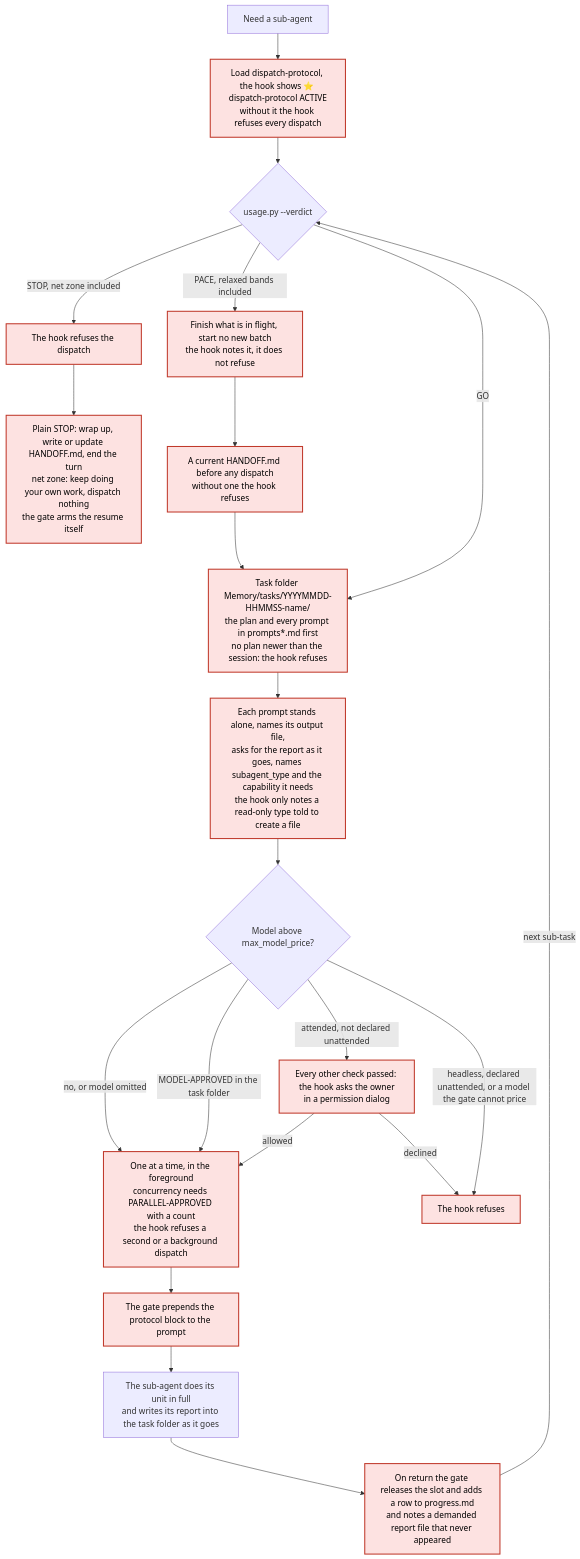
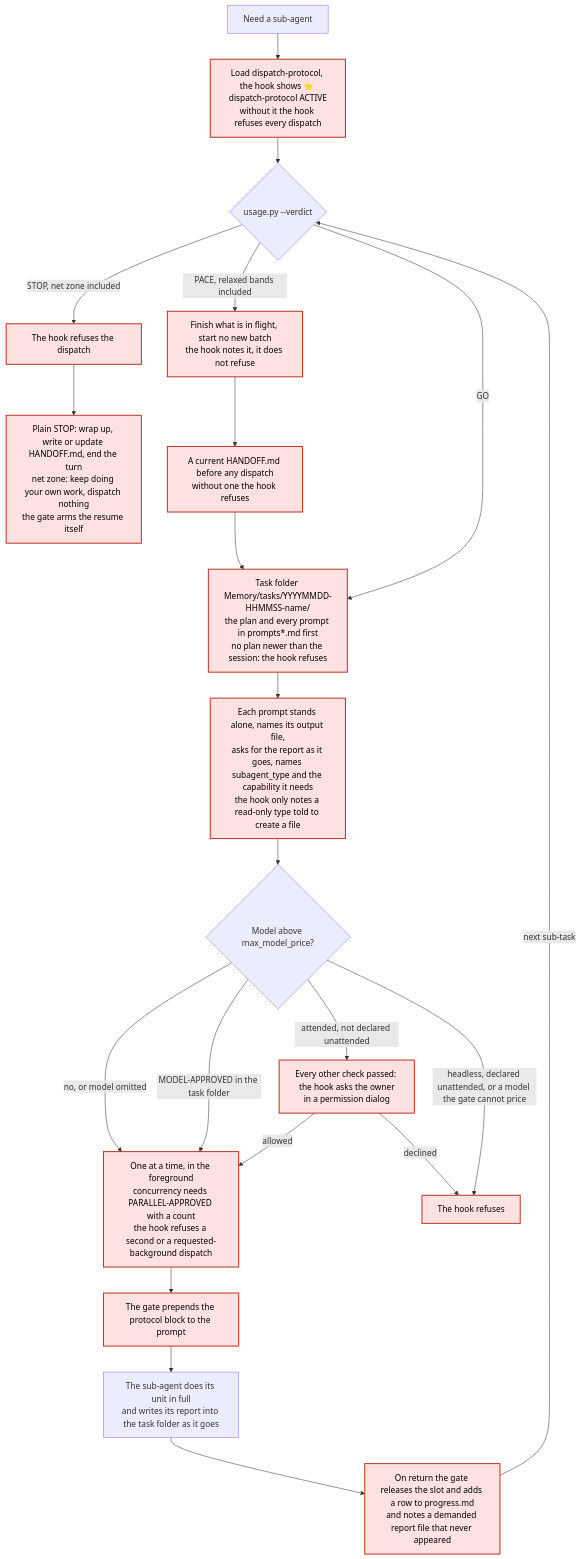
Before and after one commit to Dino9021/dispatch-guard: the fourth of 6 diagrams in README.md, drawn with Mermaid. The commit also changed other lines of this file and 10 other files, not shown here.

````diff
--- a/README.md
+++ b/README.md
@@ -1904,25 +1905,25 @@
 ```mermaid
 flowchart TD
   needAgent["Need a sub-agent"] --> loadProtocol["Load dispatch-protocol, the hook shows ⭐ dispatch-protocol ACTIVE<br/>without it the hook refuses every dispatch"]
   loadProtocol --> verdict{"usage.py --verdict"}
   verdict -->|"STOP, net zone included"| stopRefused["The hook refuses the dispatch"]
   stopRefused --> stopWrapUp["Plain STOP: wrap up, write or update HANDOFF.md, end the turn<br/>net zone: keep doing your own work, dispatch nothing<br/>the gate arms the resume itself"]
   verdict -->|"PACE, relaxed bands included"| paceInFlight["Finish what is in flight, start no new batch<br/>the hook notes it, it does not refuse"]
   paceInFlight --> paceHandoff["A current HANDOFF.md before any dispatch<br/>without one the hook refuses"]
   verdict -->|"GO"| planOnDisk
   paceHandoff --> planOnDisk["Task folder Memory/tasks/YYYYMMDD-HHMMSS-name/<br/>the plan and every prompt in prompts*.md first<br/>no plan newer than the session: the hook refuses"]
   planOnDisk --> everyPrompt["Each prompt stands alone, names its output file,<br/>asks for the report as it goes, names subagent_type and the capability it needs<br/>the hook only notes a read-only type told to create a file"]
   everyPrompt --> modelCheck{"Model above max_model_price?"}
   modelCheck -->|"no, or model omitted"| singleDispatch
   modelCheck -->|"MODEL-APPROVED in the task folder"| singleDispatch
   modelCheck -->|"attended, not declared unattended"| dialogToOwner["Every other check passed: the hook asks the owner<br/>in a permission dialog"]
   modelCheck -->|"headless, declared unattended, or a model the gate cannot price"| modelRefused["The hook refuses"]
-  dialogToOwner -->|"allowed"| singleDispatch["One at a time, in the foreground<br/>concurrency needs PARALLEL-APPROVED with a count<br/>the hook refuses a second or a background dispatch"]
+  dialogToOwner -->|"allowed"| singleDispatch["One at a time, in the foreground<br/>concurrency needs PARALLEL-APPROVED with a count<br/>the hook refuses a second or a requested-background dispatch"]
   dialogToOwner -->|"declined"| modelRefused
   singleDispatch --> prependBlock["The gate prepends the protocol block to the prompt"]
   prependBlock --> subAgentWork["The sub-agent does its unit in full<br/>and writes its report into the task folder as it goes"]
   subAgentWork --> afterReturn["On return the gate releases the slot and adds a row to progress.md<br/>and notes a demanded report file that never appeared"]
   afterReturn -->|"next sub-task"| verdict
   class loadProtocol,stopRefused,stopWrapUp,paceInFlight,paceHandoff,planOnDisk,everyPrompt,dialogToOwner,modelRefused,singleDispatch,prependBlock,afterReturn gate
   classDef gate fill:#fde2e1,stroke:#c0392b,stroke-width:2px,color:#000
 ```
````
